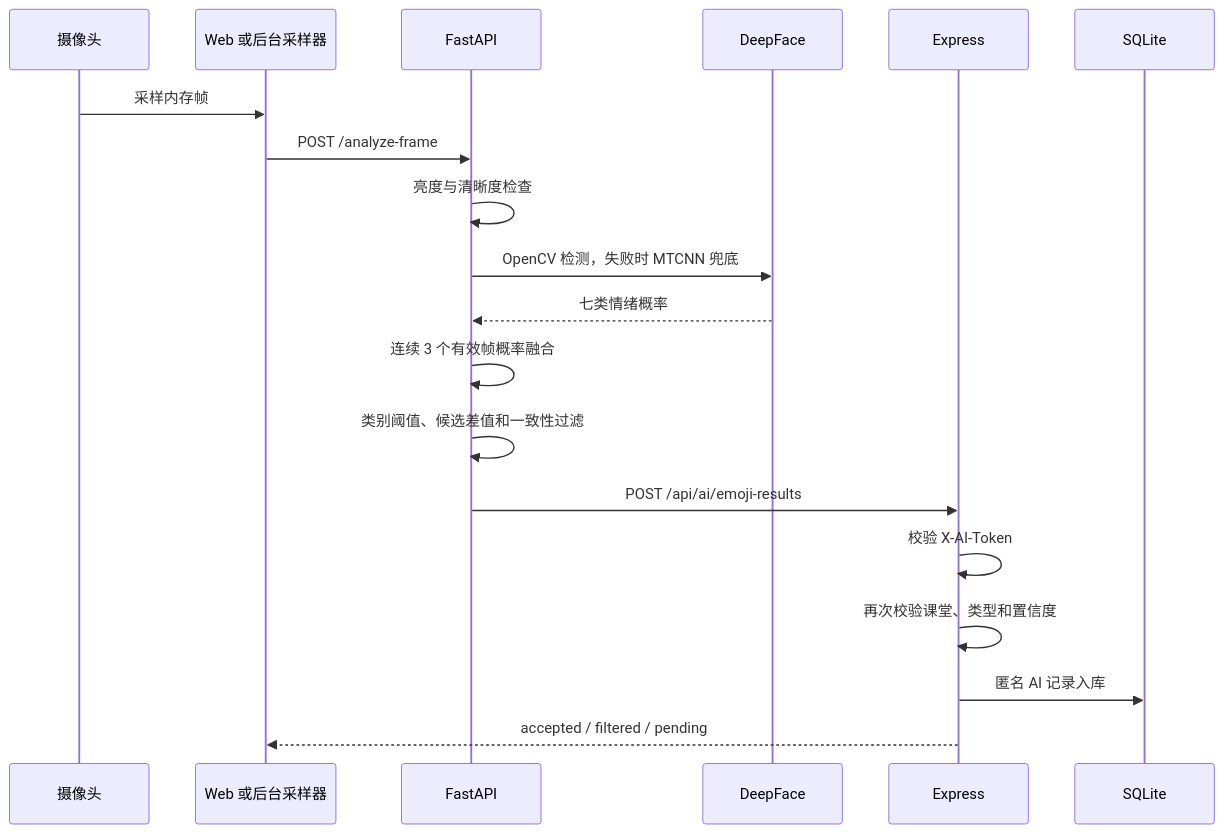
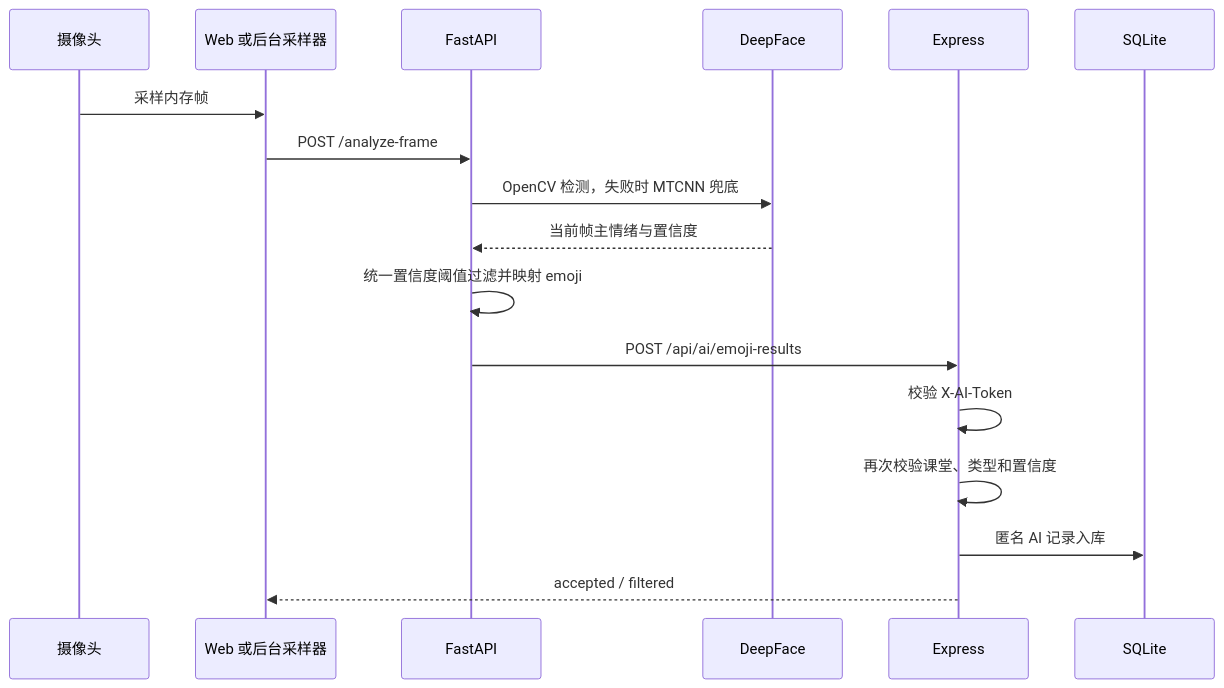
Before and after one commit to Qian122/emoji: the fifth of 8 diagrams in docs/design.md, drawn with Mermaid. The commit also changed other lines of this file and 18 other files, not shown here.

````diff
--- a/docs/design.md
+++ b/docs/design.md
@@ -176,21 +175,19 @@
 ```mermaid
 sequenceDiagram
   participant C as 摄像头
   participant W as Web 或后台采样器
   participant AI as FastAPI
   participant M as DeepFace
   participant API as Express
   participant DB as SQLite
   C->>W: 采样内存帧
   W->>AI: POST /analyze-frame
-  AI->>AI: 亮度与清晰度检查
   AI->>M: OpenCV 检测，失败时 MTCNN 兜底
-  M-->>AI: 七类情绪概率
-  AI->>AI: 连续 3 个有效帧概率融合
-  AI->>AI: 类别阈值、候选差值和一致性过滤
+  M-->>AI: 当前帧主情绪与置信度
+  AI->>AI: 统一置信度阈值过滤并映射 emoji
   AI->>API: POST /api/ai/emoji-results
   API->>API: 校验 X-AI-Token
   API->>API: 再次校验课堂、类型和置信度
   API->>DB: 匿名 AI 记录入库
-  API-->>W: accepted / filtered / pending
+  API-->>W: accepted / filtered
 ```
````
